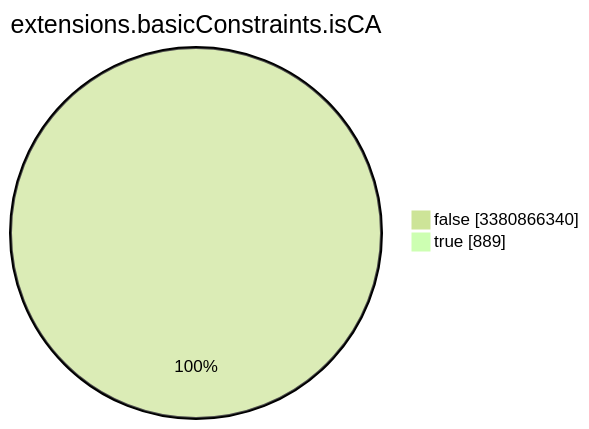
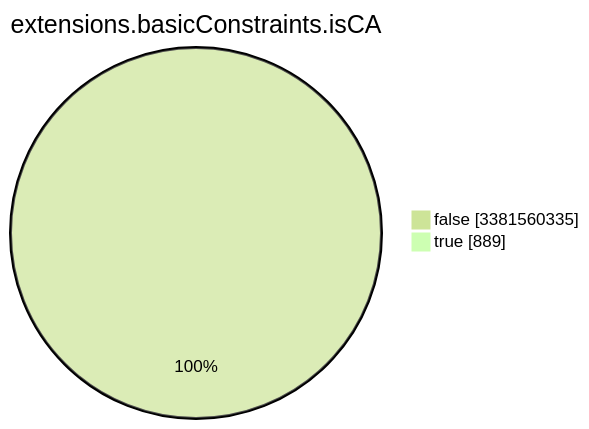
Before and after one commit to christiankrug/ctmonitor_visualization: the seventh of 15 diagrams in TOTAL/README.md, drawn with Mermaid (forest theme). The commit also changed other lines of this file, not shown here.

````diff
--- a/TOTAL/README.md
+++ b/TOTAL/README.md
@@ -3090,6 +3090,6 @@
 ```mermaid
 pie showData
 title extensions.basicConstraints.isCA
-"false" :3380866340
+"false" :3381560335
 "true" :889
 ```
````
